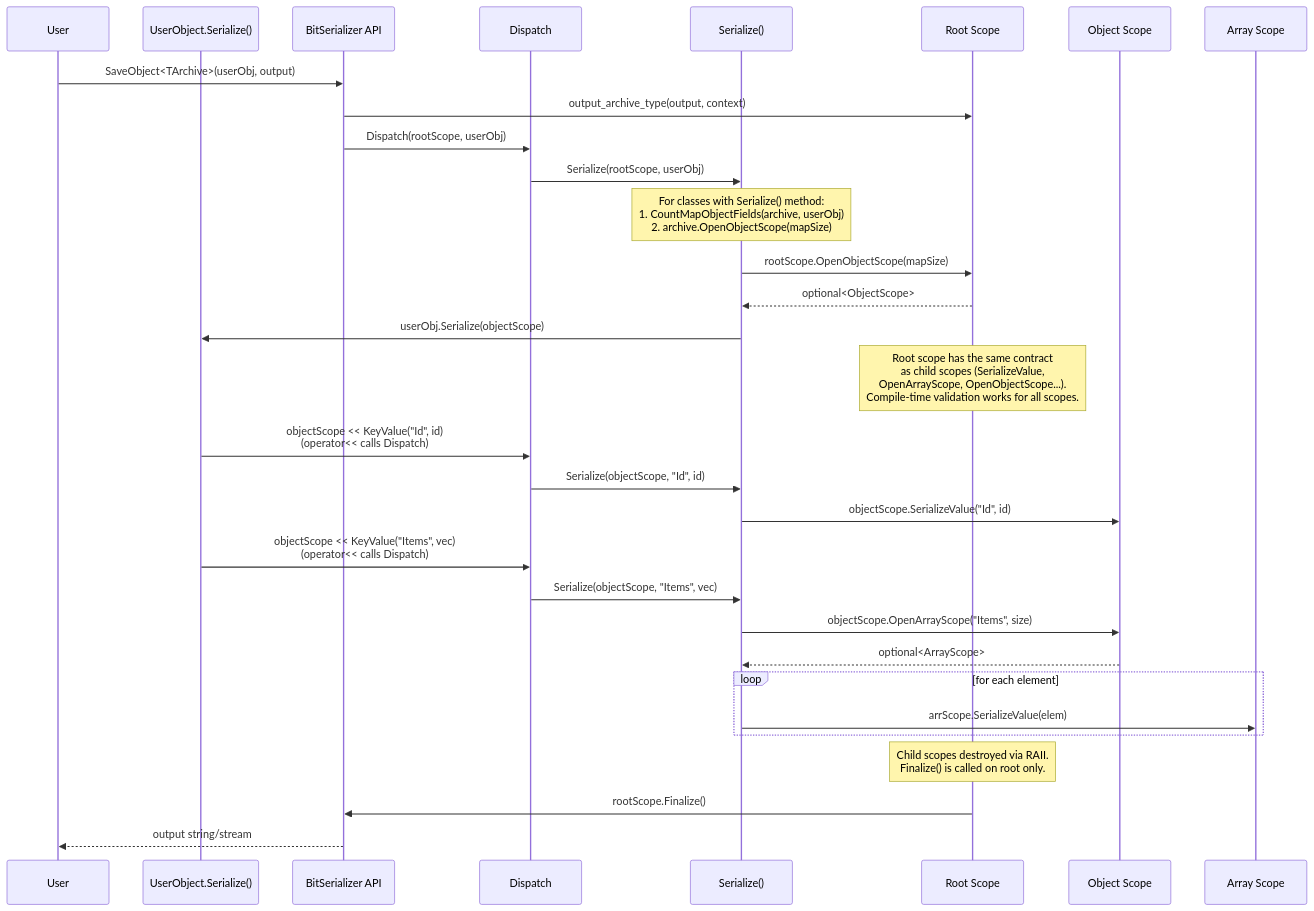
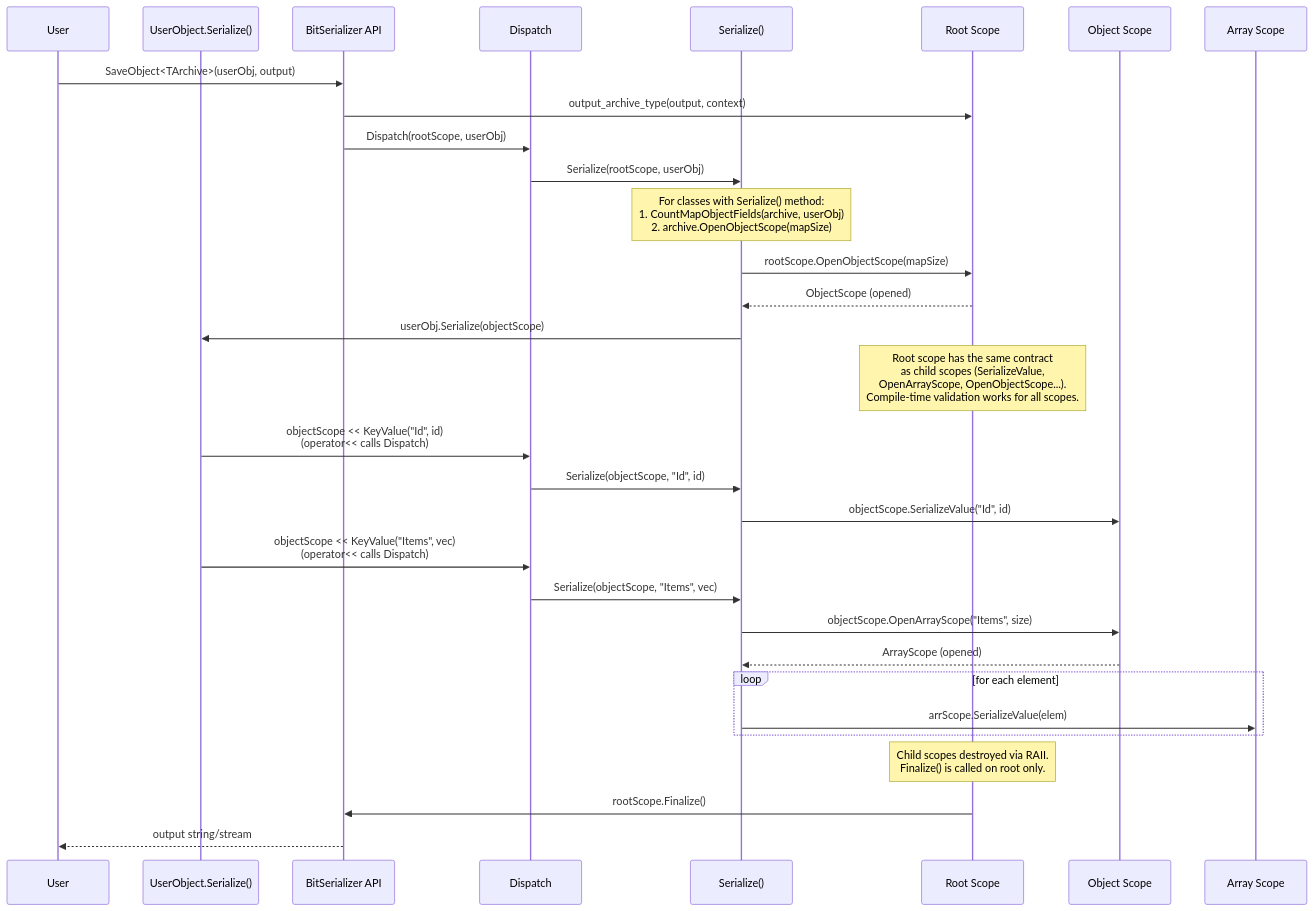
Before and after one commit to PavelKisliak/BitSerializer: the diagram in CONTRIBUTING.md, drawn with Mermaid. The commit also changed other lines of this file and 22 other files, not shown here.

````diff
--- a/CONTRIBUTING.md
+++ b/CONTRIBUTING.md
@@ -325,41 +333,41 @@
 ```mermaid
 sequenceDiagram
     participant User
     participant UserObj as UserObject.Serialize()
     participant API as BitSerializer API
     participant Dispatch
     participant Serialize as Serialize()
     participant Root as Root Scope
     participant ObjScope as Object Scope
     participant ArrScope as Array Scope
 
     User->>API: SaveObject<TArchive>(userObj, output)
     API->>Root: output_archive_type(output, context)
     API->>Dispatch: Dispatch(rootScope, userObj)
     Dispatch->>Serialize: Serialize(rootScope, userObj)
 
     Note over Serialize: For classes with Serialize() method:<br/>1. CountMapObjectFields(archive, userObj)<br/>2. archive.OpenObjectScope(mapSize)
 
     Serialize->>Root: rootScope.OpenObjectScope(mapSize)
-    Root-->>Serialize: optional<ObjectScope>
+    Root-->>Serialize: ObjectScope (opened)
     Serialize->>UserObj: userObj.Serialize(objectScope)
 
     Note over Root: Root scope has the same contract<br/>as child scopes (SerializeValue,<br/>OpenArrayScope, OpenObjectScope...).<br/>Compile-time validation works for all scopes.
 
     UserObj->>Dispatch: objectScope << KeyValue("Id", id)<br/>(operator<< calls Dispatch)
     Dispatch->>Serialize: Serialize(objectScope, "Id", id)
     Serialize->>ObjScope: objectScope.SerializeValue("Id", id)
 
     UserObj->>Dispatch: objectScope << KeyValue("Items", vec)<br/>(operator<< calls Dispatch)
     Dispatch->>Serialize: Serialize(objectScope, "Items", vec)
     Serialize->>ObjScope: objectScope.OpenArrayScope("Items", size)
-    ObjScope-->>Serialize: optional<ArrayScope>
+    ObjScope-->>Serialize: ArrayScope (opened)
 
     loop for each element
         Serialize->>ArrScope: arrScope.SerializeValue(elem)
     end
     Note over Root: Child scopes destroyed via RAII.<br/>Finalize() is called on root only.
 
     Root->>API: rootScope.Finalize()
     API-->>User: output string/stream
 ```
````
